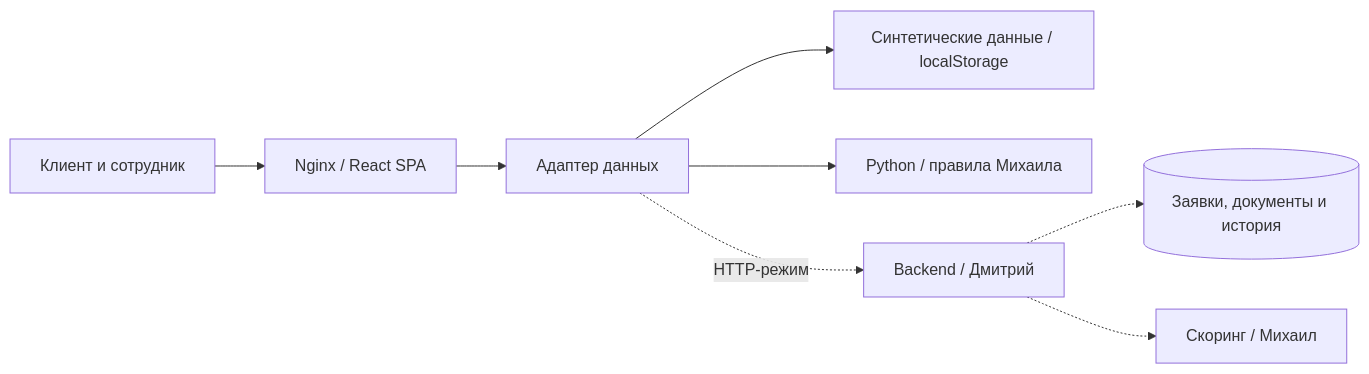
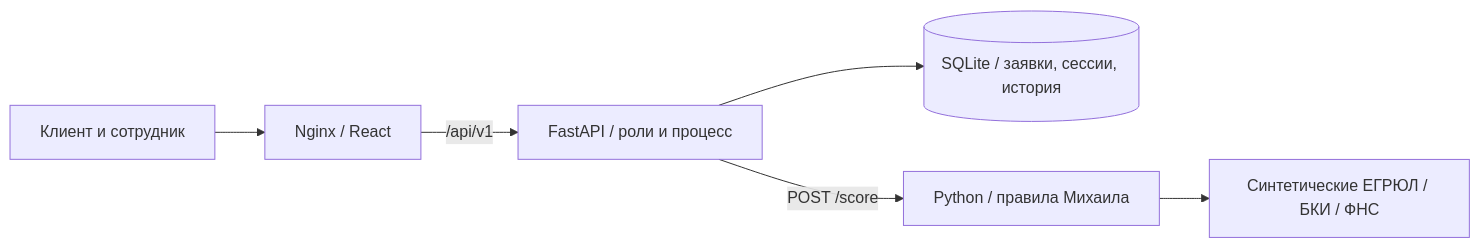
One commit to Churachok/milktower_523 changed the diagram in README.md. Above: the diagram before and after it, drawn with Mermaid. The commit also changed other lines of this file and 49 other files, not shown here.

````diff
--- a/README.md
+++ b/README.md
@@ -50,10 +46,8 @@
 ```mermaid
 flowchart LR
-    Browser[Клиент и сотрудник] --> Web[Nginx / React SPA]
-    Web --> Adapter[Адаптер данных]
-    Adapter --> Demo[Синтетические данные / localStorage]
-    Adapter --> Scoring[Python / правила Михаила]
-    Adapter -. HTTP-режим .-> Backend[Backend / Дмитрий]
-    Backend -.-> Store[(Заявки, документы и история)]
-    Backend -.-> ML[Скоринг / Михаил]
+    Browser[Клиент и сотрудник] --> Web[Nginx / React]
+    Web -->|/api/v1| Backend[FastAPI / роли и процесс]
+    Backend --> DB[(SQLite / заявки, сессии, история)]
+    Backend -->|POST /score| ML[Python / правила Михаила]
+    ML --> Fixtures[Синтетические ЕГРЮЛ / БКИ / ФНС]
 ```
````
